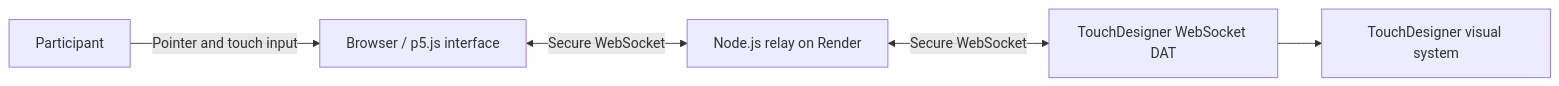
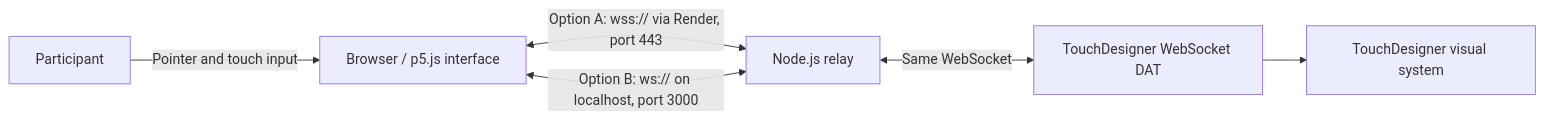
One commit to Yeri10/Inkward_Bound changed the diagram in README.md. Above: the diagram before and after it, drawn with Mermaid. The commit also changed other lines of this file and 3 other files, not shown here.

````diff
--- a/README.md
+++ b/README.md
@@ -25,7 +76,8 @@
 ```mermaid
 flowchart LR
-    A[Browser / p5.js interface] <-->|Secure WebSocket| B[Node.js relay on Render]
-    B <-->|Secure WebSocket| C[TouchDesigner WebSocket DAT]
-    U[Participant] -->|Pointer and touch input| A
+    U[Participant] -->|Pointer and touch input| A[Browser / p5.js interface]
+    A <-->|"Option A: wss:// via Render, port 443"| B[Node.js relay]
+    A <-->|"Option B: ws:// on localhost, port 3000"| B
+    B <-->|Same WebSocket| C[TouchDesigner WebSocket DAT]
     C --> D[TouchDesigner visual system]
 ```
````
